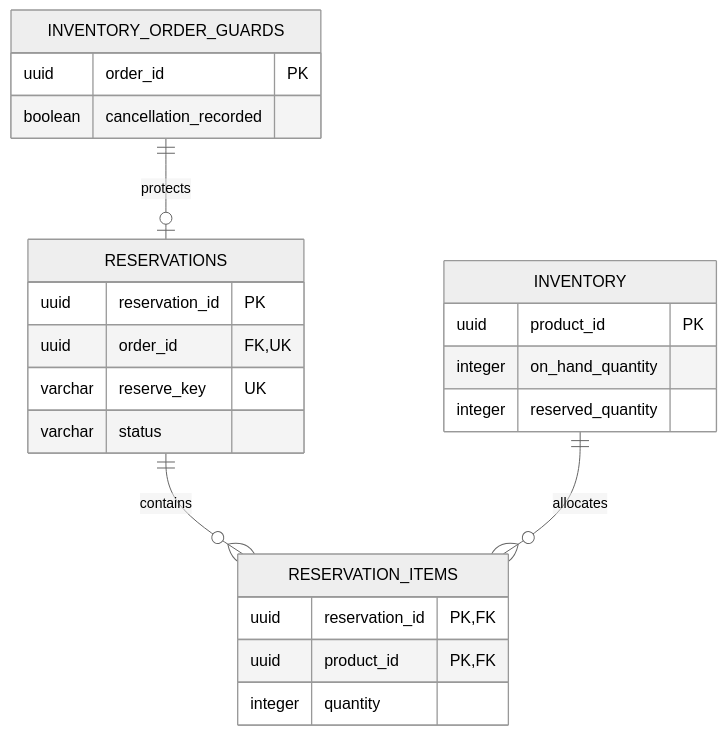
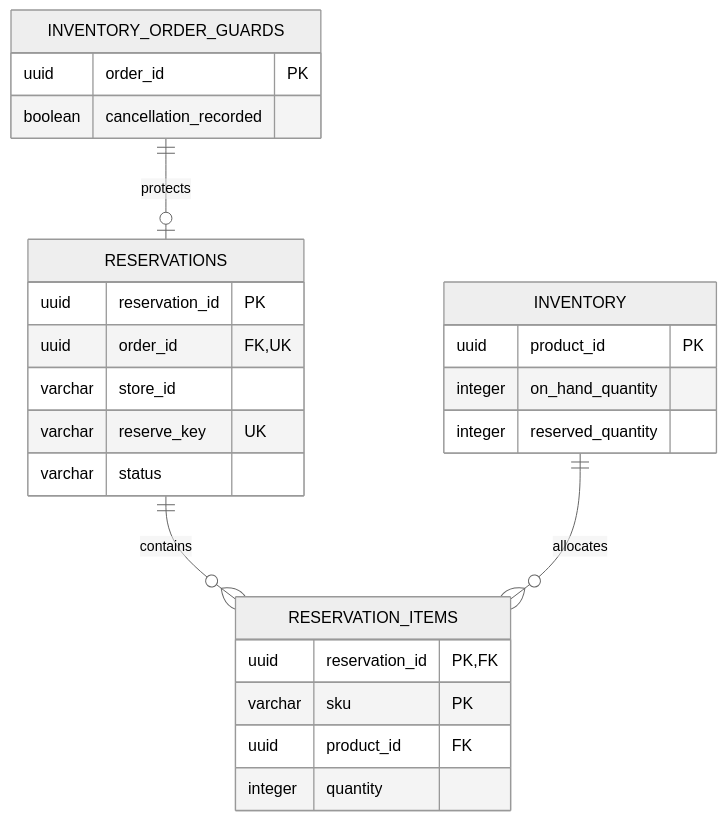
Before and after one commit to nguyenthihuyenlinh236/SE2026-T02-Resilient-Order-Workflow: the second of 3 diagrams in docs/architecture/15-database-design.md, drawn with Mermaid (neutral theme). The commit also changed other lines of this file, not shown here.

Commit message:
docs(database): align inventory schema with SKU and cancellation contracts

````diff
--- a/docs/architecture/15-database-design.md
+++ b/docs/architecture/15-database-design.md
@@ -182,26 +182,28 @@
 ```mermaid
 erDiagram
     INVENTORY_ORDER_GUARDS ||--o| RESERVATIONS : protects
     RESERVATIONS ||--o{ RESERVATION_ITEMS : contains
     INVENTORY ||--o{ RESERVATION_ITEMS : allocates
     INVENTORY_ORDER_GUARDS {
         uuid order_id PK
         boolean cancellation_recorded
     }
     INVENTORY {
         uuid product_id PK
         integer on_hand_quantity
         integer reserved_quantity
     }
     RESERVATIONS {
         uuid reservation_id PK
         uuid order_id FK,UK
+        varchar store_id
         varchar reserve_key UK
         varchar status
     }
     RESERVATION_ITEMS {
         uuid reservation_id PK,FK
-        uuid product_id PK,FK
+        varchar sku PK
+        uuid product_id FK
         integer quantity
     }
 ```
````
